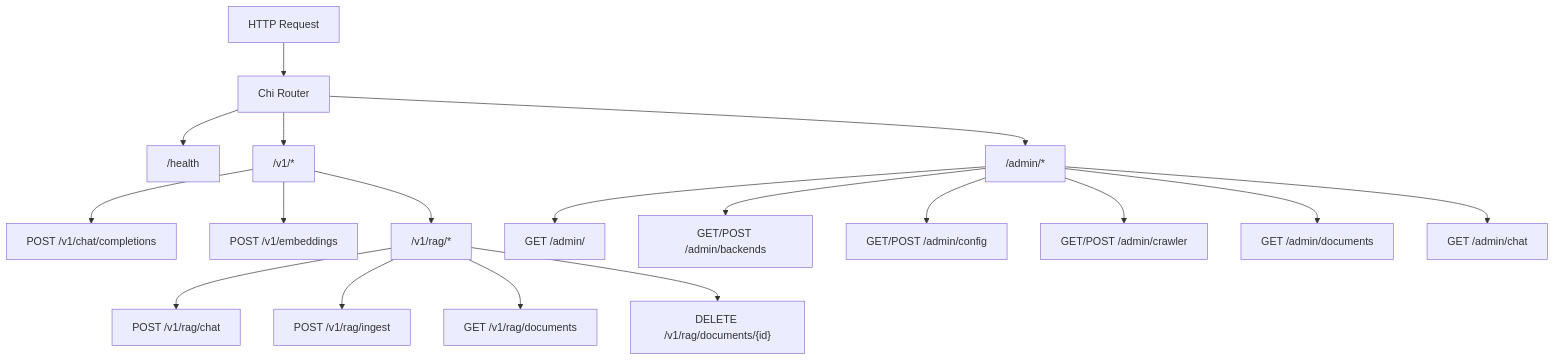
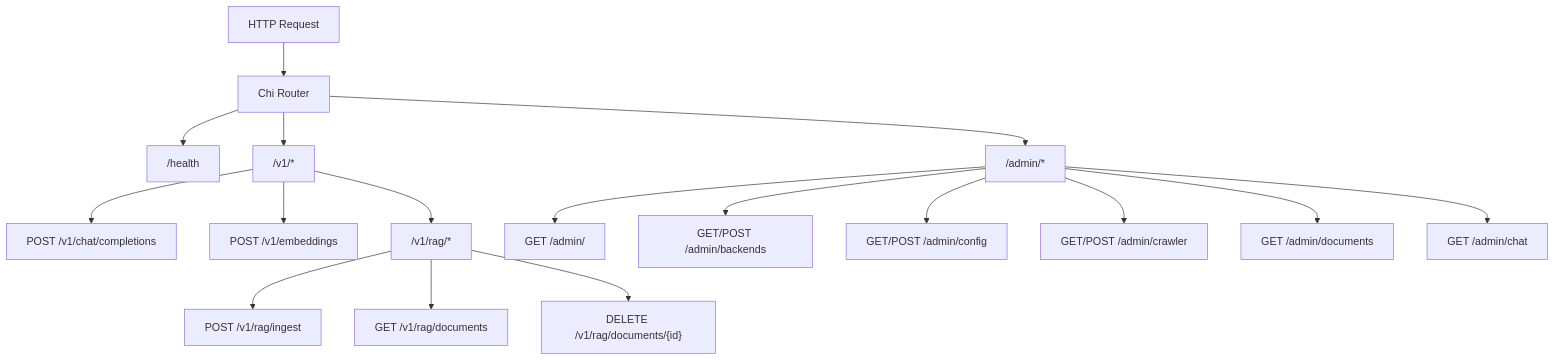
One commit to klnstprx/etsi-rag changed the seventh of 8 diagrams in docs/diagrams.md. Above: the diagram before and after it, drawn with Mermaid. The commit also changed other lines of this file and 5 other files, not shown here.

First line of the commit message:
docs: update for agent-centric architecture

````diff
--- a/docs/diagrams.md
+++ b/docs/diagrams.md
@@ -206,24 +207,23 @@
 ```mermaid
 flowchart TB
     HTTP["HTTP Request"] --> Router["Chi Router"]
 
     Router --> Health["/health"]
     Router --> V1["/v1/*"]
     Router --> AdminRoutes["/admin/*"]
 
     V1 --> ChatComp["POST /v1/chat/completions"]
     V1 --> Embeddings["POST /v1/embeddings"]
     V1 --> RAGRoutes["/v1/rag/*"]
 
-    RAGRoutes --> RAGChat["POST /v1/rag/chat"]
     RAGRoutes --> Ingest["POST /v1/rag/ingest"]
     RAGRoutes --> ListDocs["GET /v1/rag/documents"]
     RAGRoutes --> DeleteDoc["DELETE /v1/rag/documents/{id}"]
 
     AdminRoutes --> Dashboard["GET /admin/"]
     AdminRoutes --> Backends["GET/POST /admin/backends"]
     AdminRoutes --> ConfigPage["GET/POST /admin/config"]
     AdminRoutes --> CrawlerPage["GET/POST /admin/crawler"]
     AdminRoutes --> Documents["GET /admin/documents"]
     AdminRoutes --> AgentChat["GET /admin/chat"]
 ```
````
